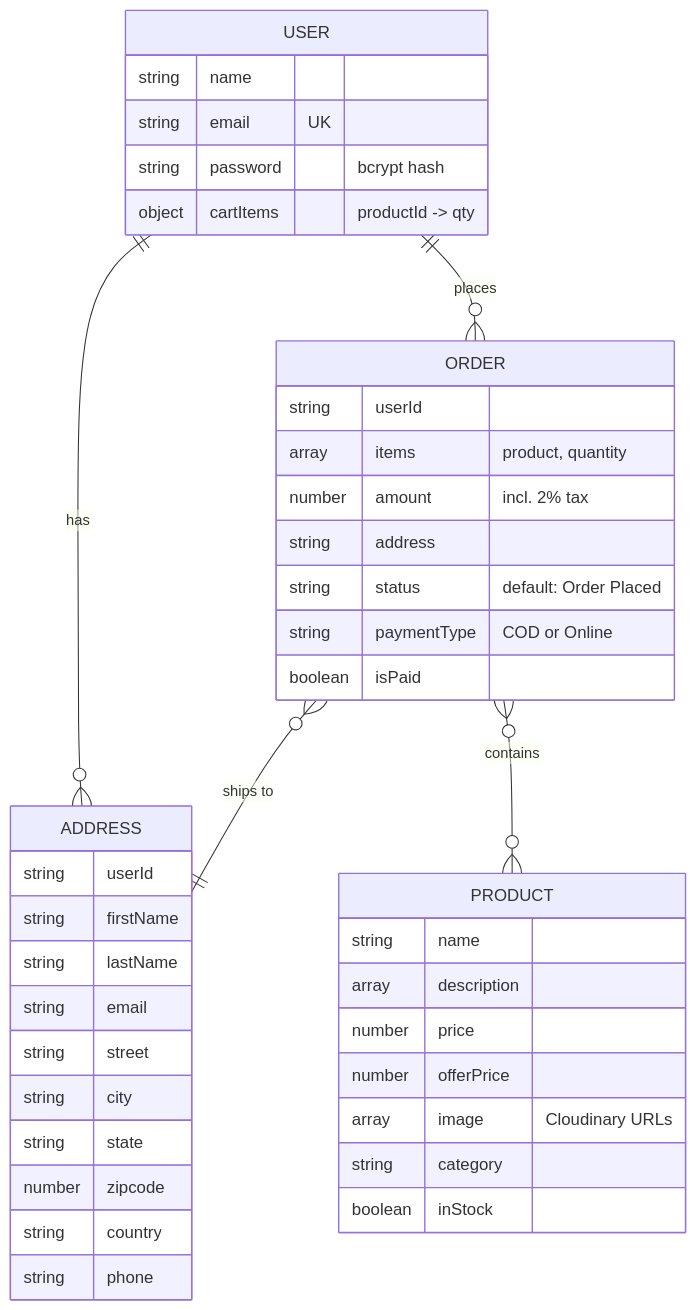
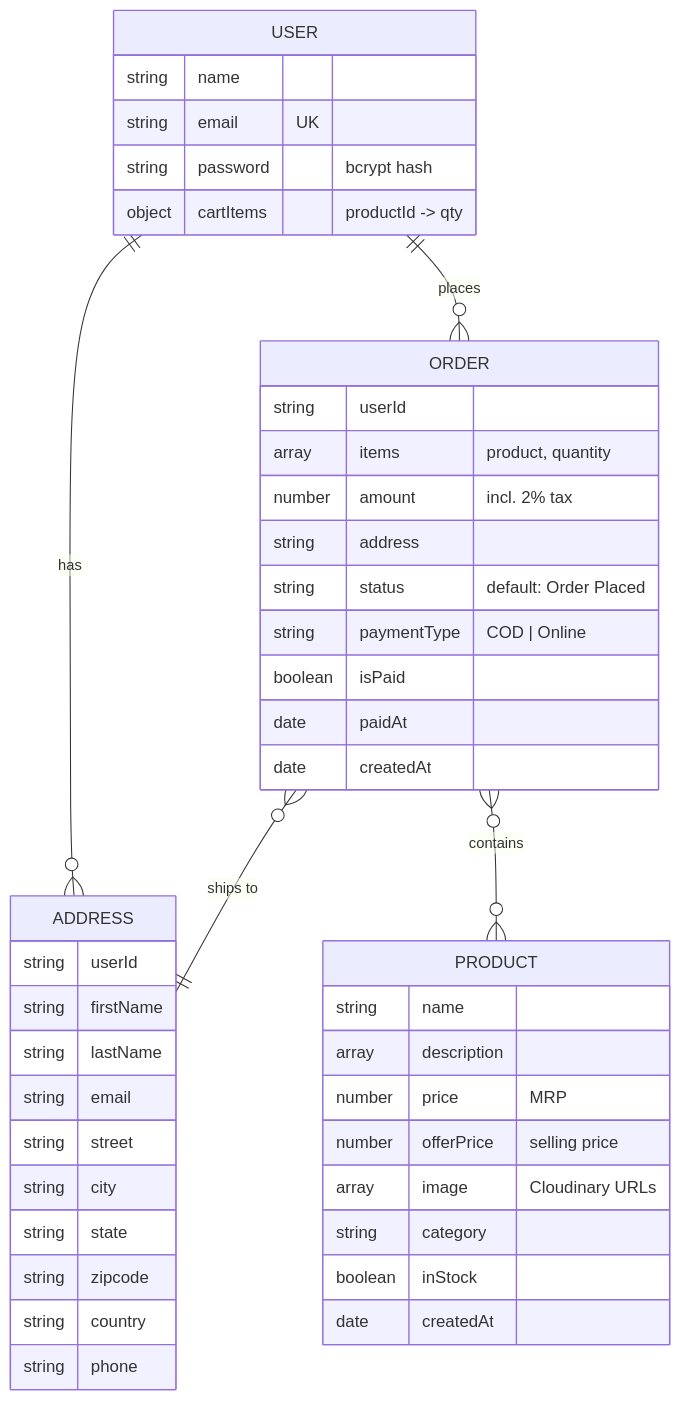
Before and after one commit to AdvikaChaithra/OnlineFoodDelivery: the third of 3 diagrams in README.md, drawn with Mermaid. The commit also changed other lines of this file and 39 other files, not shown here.

````diff
--- a/README.md
+++ b/README.md
@@ -420,44 +444,47 @@
 ```mermaid
 erDiagram
     USER ||--o{ ADDRESS : has
     USER ||--o{ ORDER : places
     ORDER }o--|| ADDRESS : "ships to"
     ORDER }o--o{ PRODUCT : contains
 
     USER {
         string name
         string email UK
         string password "bcrypt hash"
         object cartItems "productId -> qty"
     }
     PRODUCT {
         string name
         array description
-        number price
-        number offerPrice
+        number price "MRP"
+        number offerPrice "selling price"
         array image "Cloudinary URLs"
         string category
         boolean inStock
+        date createdAt
     }
     ADDRESS {
         string userId
         string firstName
         string lastName
         string email
         string street
         string city
         string state
-        number zipcode
+        string zipcode
         string country
         string phone
     }
     ORDER {
         string userId
         array items "product, quantity"
         number amount "incl. 2% tax"
         string address
         string status "default: Order Placed"
-        string paymentType "COD or Online"
+        string paymentType "COD | Online"
         boolean isPaid
+        date paidAt
+        date createdAt
     }
 ```
````
